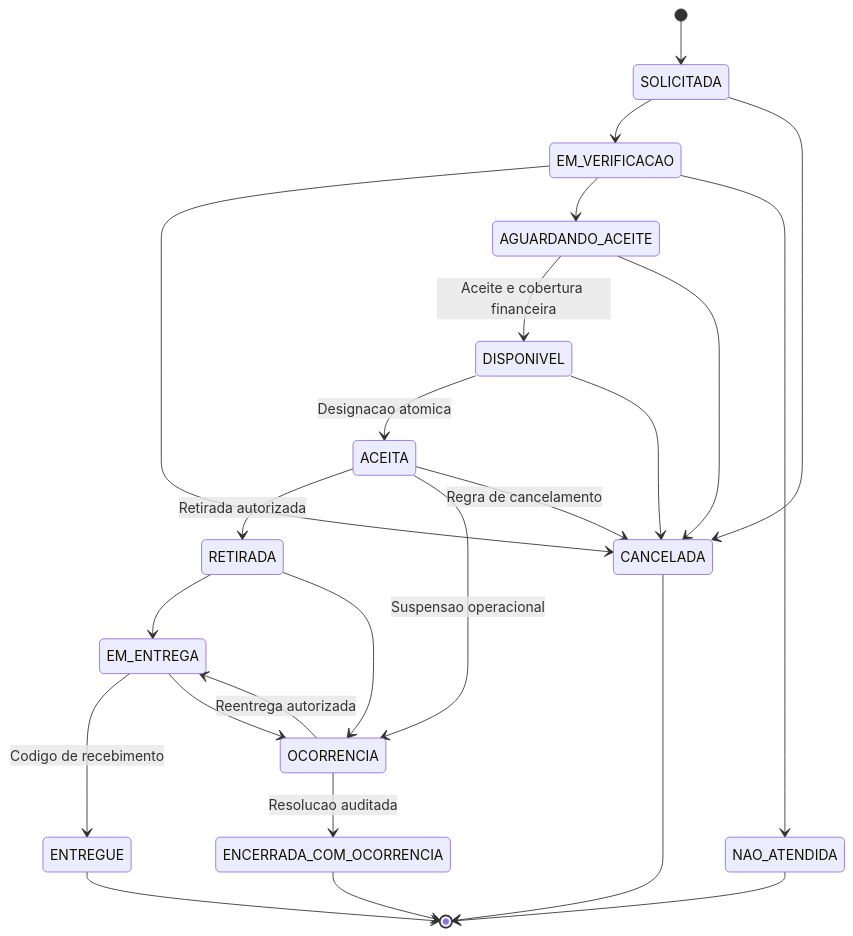
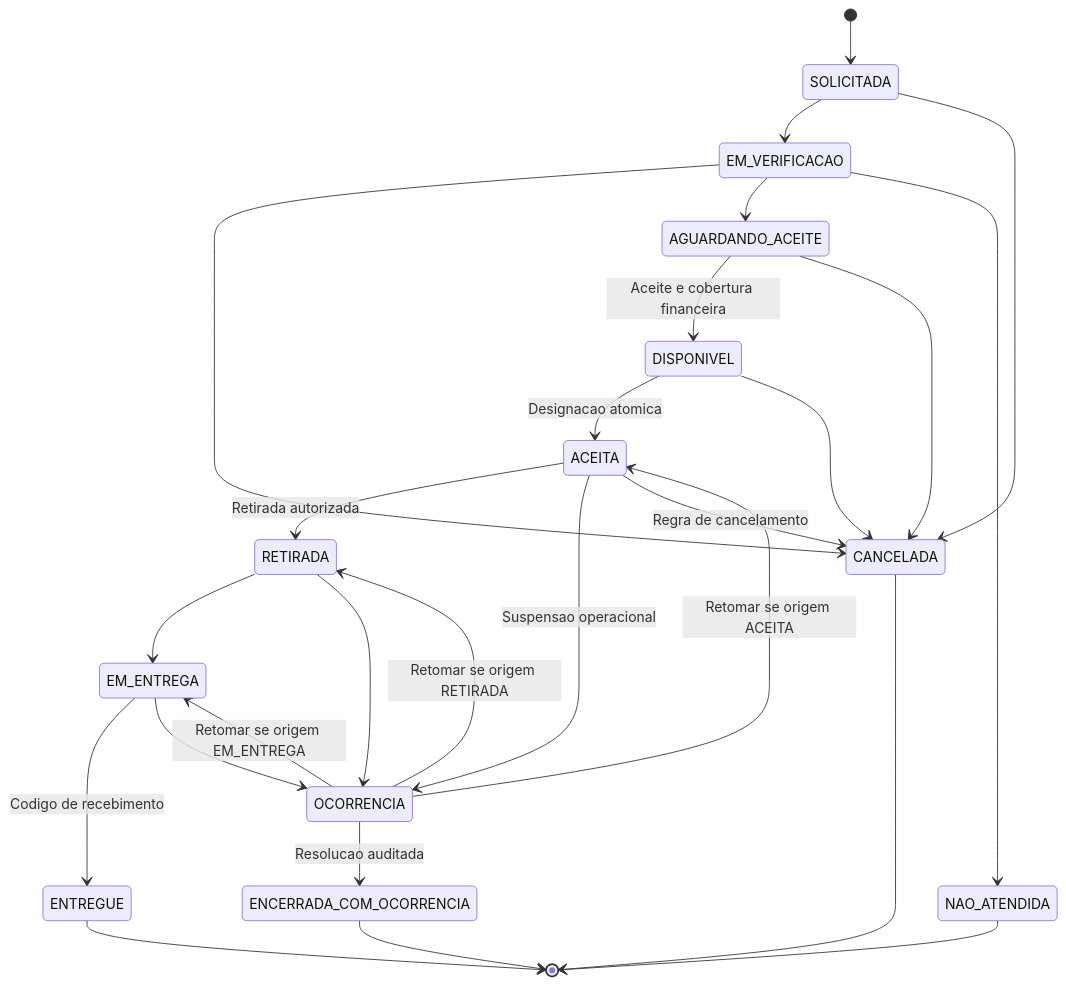
Before and after one commit to Kayquebrigadeiro/Exameperto: the fourth of 7 diagrams in docs/DIAGRAMAS.md, drawn with Mermaid. The commit also changed 5 other files, not shown here.

````diff
--- a/docs/DIAGRAMAS.md
+++ b/docs/DIAGRAMAS.md
@@ -106,26 +106,28 @@
 ```mermaid
 stateDiagram-v2
   [*] --> SOLICITADA
   SOLICITADA --> EM_VERIFICACAO
   SOLICITADA --> CANCELADA
   EM_VERIFICACAO --> CANCELADA
   EM_VERIFICACAO --> AGUARDANDO_ACEITE
   EM_VERIFICACAO --> NAO_ATENDIDA
   AGUARDANDO_ACEITE --> DISPONIVEL: Aceite e cobertura financeira
   AGUARDANDO_ACEITE --> CANCELADA
   DISPONIVEL --> ACEITA: Designacao atomica
   DISPONIVEL --> CANCELADA
   ACEITA --> RETIRADA: Retirada autorizada
   ACEITA --> OCORRENCIA: Suspensao operacional
   ACEITA --> CANCELADA: Regra de cancelamento
   RETIRADA --> EM_ENTREGA
   EM_ENTREGA --> ENTREGUE: Codigo de recebimento
   RETIRADA --> OCORRENCIA
   EM_ENTREGA --> OCORRENCIA
-  OCORRENCIA --> EM_ENTREGA: Reentrega autorizada
+  OCORRENCIA --> ACEITA: Retomar se origem ACEITA
+  OCORRENCIA --> RETIRADA: Retomar se origem RETIRADA
+  OCORRENCIA --> EM_ENTREGA: Retomar se origem EM_ENTREGA
   OCORRENCIA --> ENCERRADA_COM_OCORRENCIA: Resolucao auditada
   ENTREGUE --> [*]
   CANCELADA --> [*]
   NAO_ATENDIDA --> [*]
   ENCERRADA_COM_OCORRENCIA --> [*]
 ```
````
